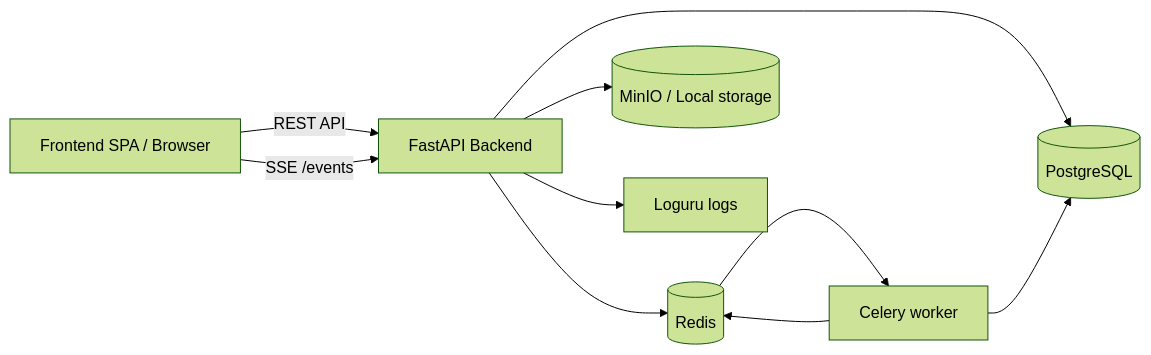
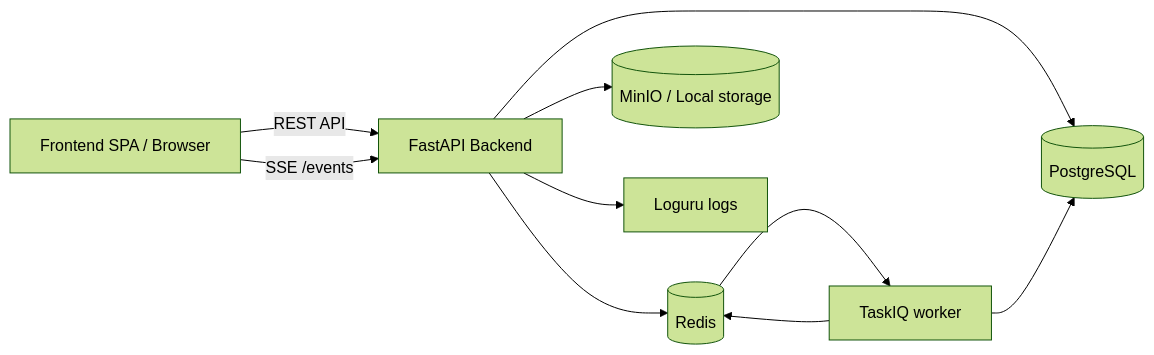
The first of 2 diagrams in README.md (Al-exe-i/bgitu_computers_management), drawn with Mermaid (forest theme) before and after one commit. The commit also changed other lines of this file and 23 other files, not shown here.

First line of the commit message:
Перейти с Celery на TaskIQ для обработки фоновых задач

````diff
--- a/README.md
+++ b/README.md
@@ -109,14 +109,14 @@
 ```mermaid
 flowchart LR
     Client[Frontend SPA / Browser] -->|REST API| API[FastAPI Backend]
     Client -->|SSE /events| API
 
     API --> DB[(PostgreSQL)]
     API --> Redis[(Redis)]
     API --> Storage[(MinIO / Local storage)]
     API --> Logs[Loguru logs]
 
-    Redis --> Celery[Celery worker]
-    Celery --> DB
-    Celery --> Redis
+    Redis --> TaskIQ[TaskIQ worker]
+    TaskIQ --> DB
+    TaskIQ --> Redis
 ```
````
